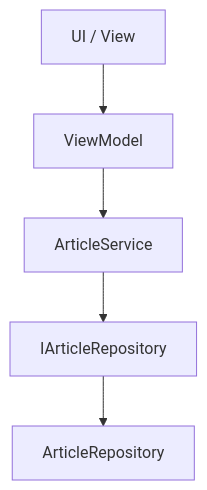
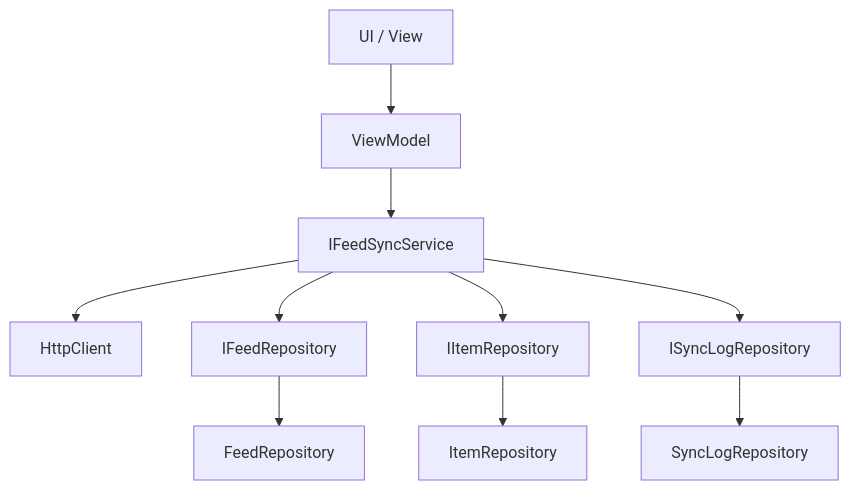
The diagram in docs/help/anwendung/architektur.md (martin-stromberg/Reporter), drawn with Mermaid before and after one commit. The commit also changed other lines of this file and 25 other files, not shown here.

````diff
--- a/docs/help/anwendung/architektur.md
+++ b/docs/help/anwendung/architektur.md
@@ -24,7 +24,12 @@
 ```mermaid
 graph TD
     A[UI / View] --> B[ViewModel]
-    B --> C[ArticleService]
-    C --> D[IArticleRepository]
-    D --> E[ArticleRepository]
+    B --> C[IFeedSyncService]
+    C --> D[HttpClient]
+    C --> E[IFeedRepository]
+    C --> F[IItemRepository]
+    C --> G[ISyncLogRepository]
+    E --> H[FeedRepository]
+    F --> I[ItemRepository]
+    G --> J[SyncLogRepository]
 ```
````
